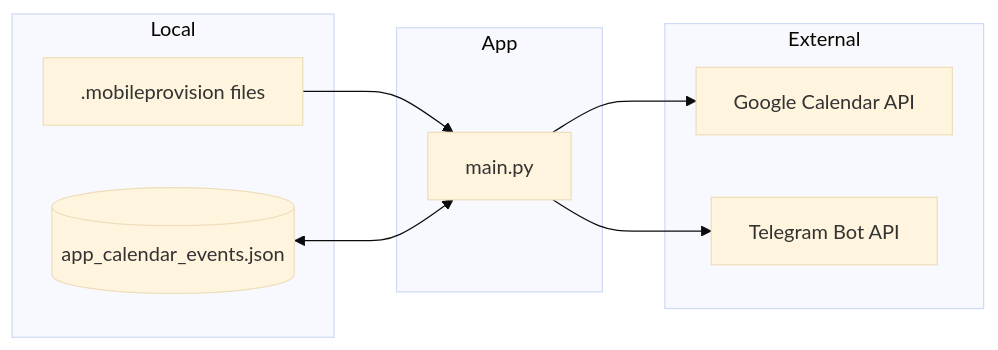
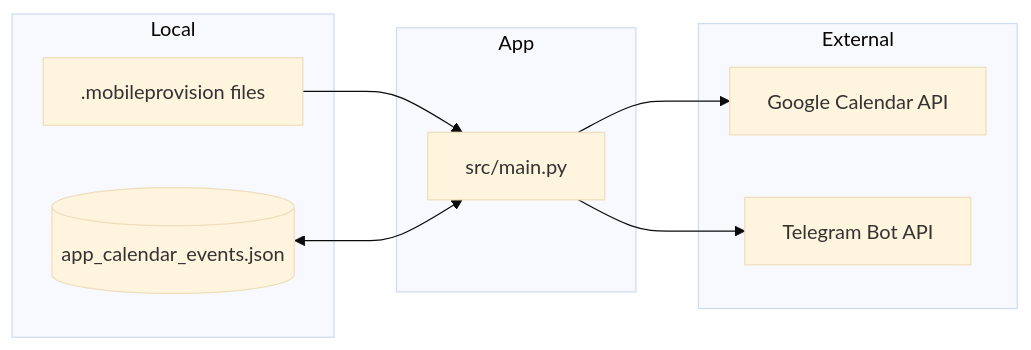
Before and after one commit to momonala/certificate_expiration: the diagram in README.md, drawn with Mermaid (base theme). The commit also changed other lines of this file and 20 other files, not shown here.

````diff
--- a/README.md
+++ b/README.md
@@ -13,19 +16,19 @@
 ```mermaid
 flowchart LR
     subgraph Local
         Certs[".mobileprovision files"]
         JSON[(app_calendar_events.json)]
     end
     subgraph External
         GCal[Google Calendar API]
         Telegram[Telegram Bot API]
     end
     subgraph App
-        Main[main.py]
+        Main[src/main.py]
     end
     
     Certs --> Main
     JSON <--> Main
     Main --> GCal
     Main --> Telegram
 ```
````
